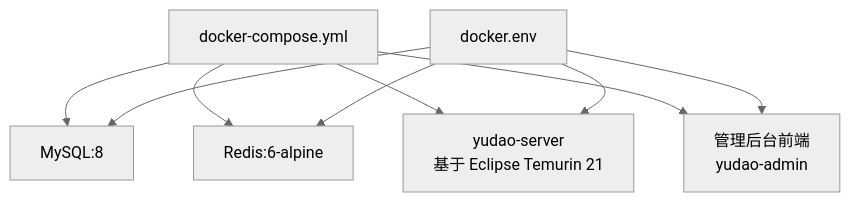
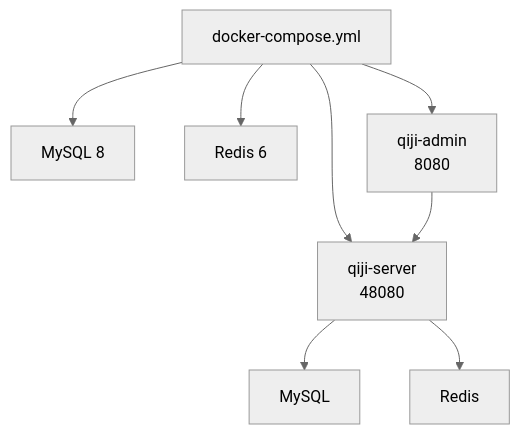
The second of 3 diagrams in .qoder/repowiki/zh/content/快速开始.md (zhuangpengLI/AgenticCPS), drawn with Mermaid (neutral theme) before and after one commit. The commit also changed other lines of this file and 355 other files, not shown here.

````diff
--- a/.qoder/repowiki/zh/content/快速开始.md
+++ b/.qoder/repowiki/zh/content/快速开始.md
@@ -160,11 +93,10 @@
 ```mermaid
 graph TB
-DC["docker-compose.yml"] --> MYSQL["MySQL:8"]
-DC --> REDIS["Redis:6-alpine"]
-DC --> SERVER["yudao-server<br/>基于 Eclipse Temurin 21"]
-DC --> ADMIN["管理后台前端<br/>yudao-admin"]
-ENV["docker.env"] --> MYSQL
-ENV --> REDIS
-ENV --> SERVER
-ENV --> ADMIN
+A["docker-compose.yml"] --> M["MySQL 8"]
+A --> R["Redis 6"]
+A --> B["qiji-server<br/>48080"]
+A --> F["qiji-admin<br/>8080"]
+B --> DB["MySQL"]
+B --> RC["Redis"]
+F --> B
 ```
````
